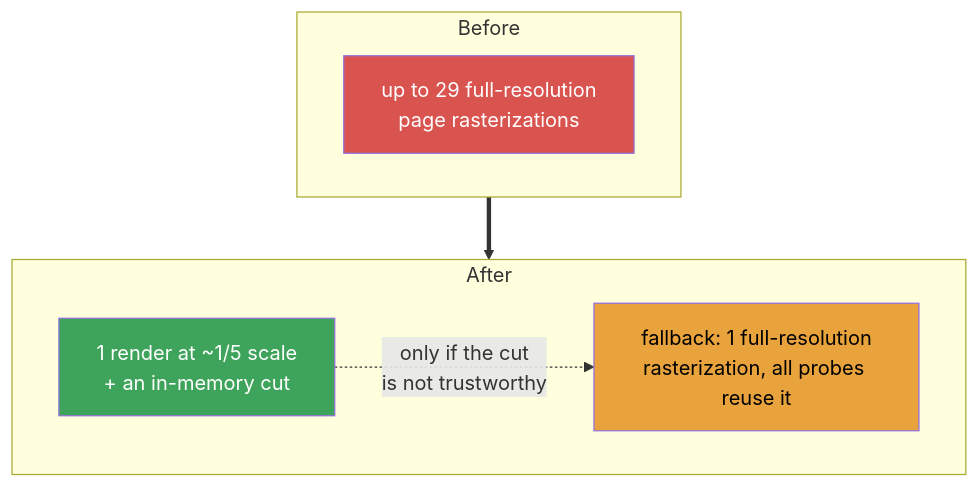
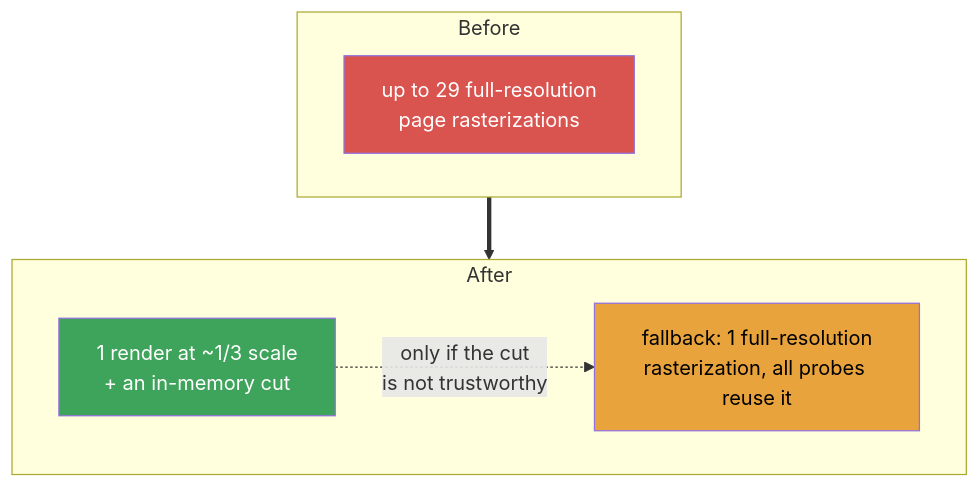
The second of 3 diagrams in docs/PERFORMANCE.md (KristanLaimon/PanelsPlus), drawn with Mermaid before and after one commit. The commit also changed other lines of this file and 3 other files, not shown here.

````diff
--- a/docs/PERFORMANCE.md
+++ b/docs/PERFORMANCE.md
@@ -62,18 +62,18 @@
 ```mermaid
 flowchart TD
     subgraph old ["Before"]
         O1["up to 29 full-resolution<br/>page rasterizations"]
     end
 
     subgraph new ["After"]
-        N1["1 render at ~1/5 scale<br/>+ an in-memory cut"]
+        N1["1 render at ~1/3 scale<br/>+ an in-memory cut"]
         N2["fallback: 1 full-resolution<br/>rasterization, all probes reuse it"]
         N1 -.->|"only if the cut<br/>is not trustworthy"| N2
     end
 
     old ==> new
 
     style O1 fill:#d9534f,color:#fff
     style N1 fill:#3fa45b,color:#fff
     style N2 fill:#e8a33d,color:#000
 ```
````
